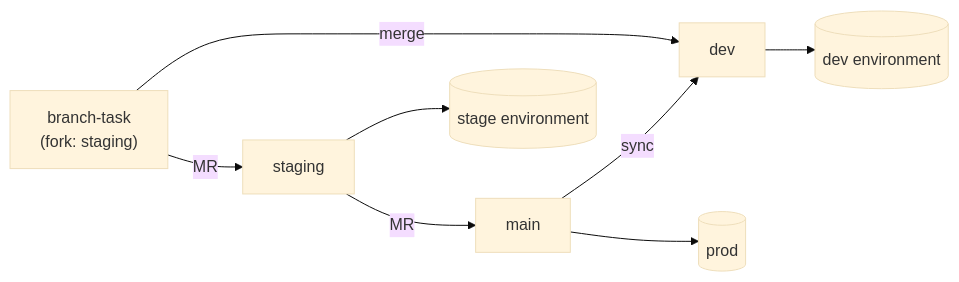
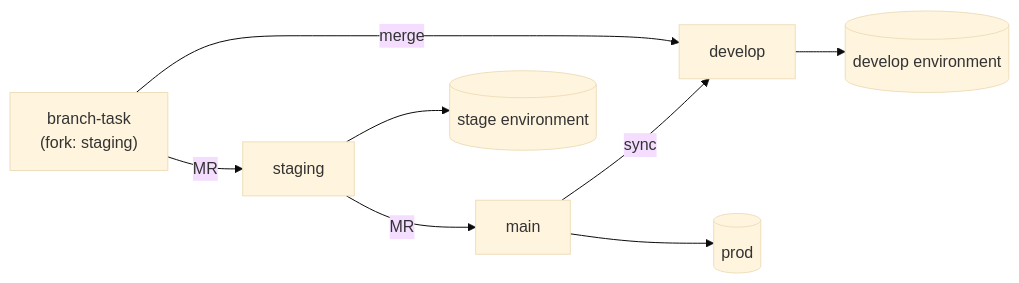
Before and after one commit to rosinfotech/standards: the diagram in standards/git-flow-standard/rule-2610082128.md, drawn with Mermaid (base theme). The commit also changed other lines of this file and 48 other files, not shown here.

Commit message:
0.6.0: Changed: The Git Flow Standard renamed to self-describing variant names

````diff
--- a/standards/git-flow-standard/rule-2610082128.md
+++ b/standards/git-flow-standard/rule-2610082128.md
@@ -49,10 +49,10 @@
   ```mermaid
   flowchart LR
-      T["branch-task<br>(fork: staging)"] -->|"merge"| D["dev"]
+      T["branch-task<br>(fork: staging)"] -->|"merge"| D["develop"]
       T -->|"MR"| S["staging"]
       S -->|"MR"| M["main"]
       M -->|"sync"| D
-      D --> DE[("dev environment")]
+      D --> DE[("develop environment")]
       S --> SE[("stage environment")]
       M --> PE[("prod")]
   ```
````
